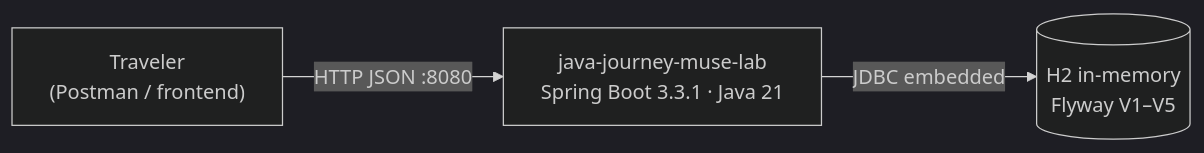
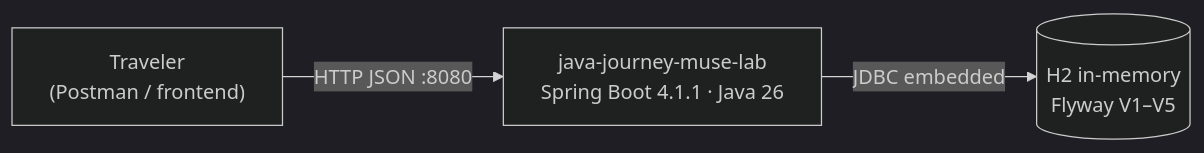
The first of 3 diagrams in docs/architecture.md (Andersonlimahw/java-journey-muse-lab), drawn with Mermaid (dark theme) before and after one commit. The commit also changed other lines of this file and 11 other files, not shown here.

First line of the commit message:
feat: migrate to Java 26 + Spring Boot 4.1.1, bump deps (fix vulns)

````diff
--- a/docs/architecture.md
+++ b/docs/architecture.md
@@ -10,5 +11,5 @@
 ```mermaid
 flowchart LR
-    U["Traveler<br/>(Postman / frontend)"] -->|HTTP JSON :8080| API["java-journey-muse-lab<br/>Spring Boot 3.3.1 · Java 21"]
+    U["Traveler<br/>(Postman / frontend)"] -->|HTTP JSON :8080| API["java-journey-muse-lab<br/>Spring Boot 4.1.1 · Java 26"]
     API -->|JDBC embedded| DB[("H2 in-memory<br/>Flyway V1–V5")]
 ```
````
